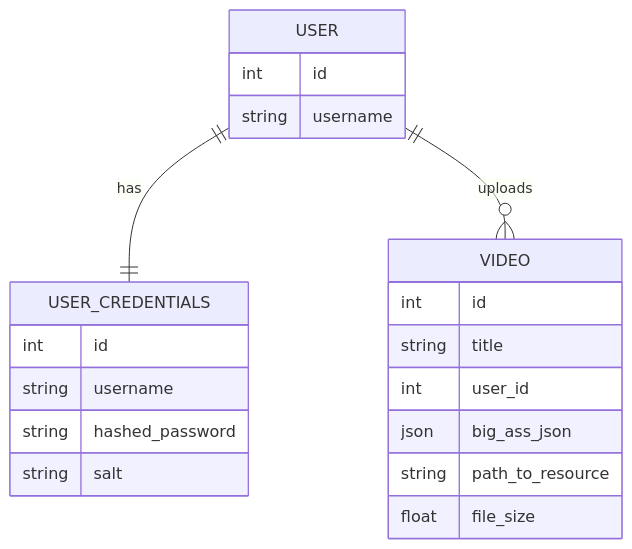
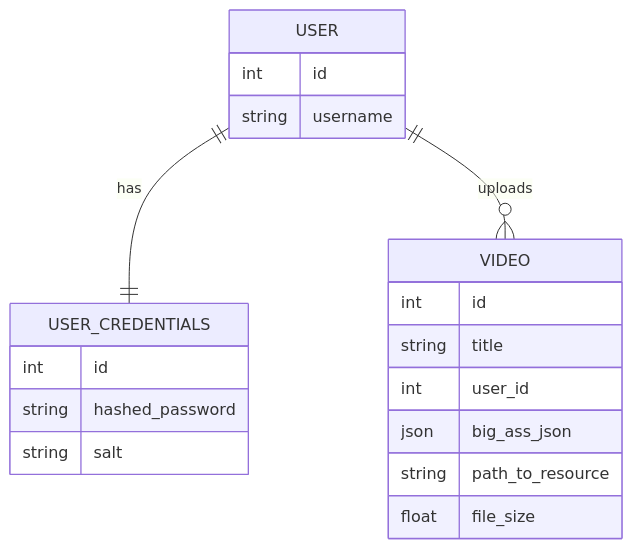
The diagram in backend/db/diagram/v1.md (p0mpon/zpi-dancingbuddy), drawn with Mermaid before and after one commit.

Commit message:
[DAN-46] database diagram version 1 - fix 2

````diff
--- a/backend/db/diagram/v1.md
+++ b/backend/db/diagram/v1.md
@@ -1,24 +1,23 @@
 ```mermaid
 erDiagram
     USER ||--|| USER_CREDENTIALS : has
     USER ||--o{ VIDEO : uploads
 
     USER {
         int id
         string username
     }
     USER_CREDENTIALS {
         int id
-        string username
         string hashed_password
         string salt
     }
     VIDEO {
         int id
         string title
         int user_id
         json big_ass_json
         string path_to_resource
         float file_size
     }
 ```
````
